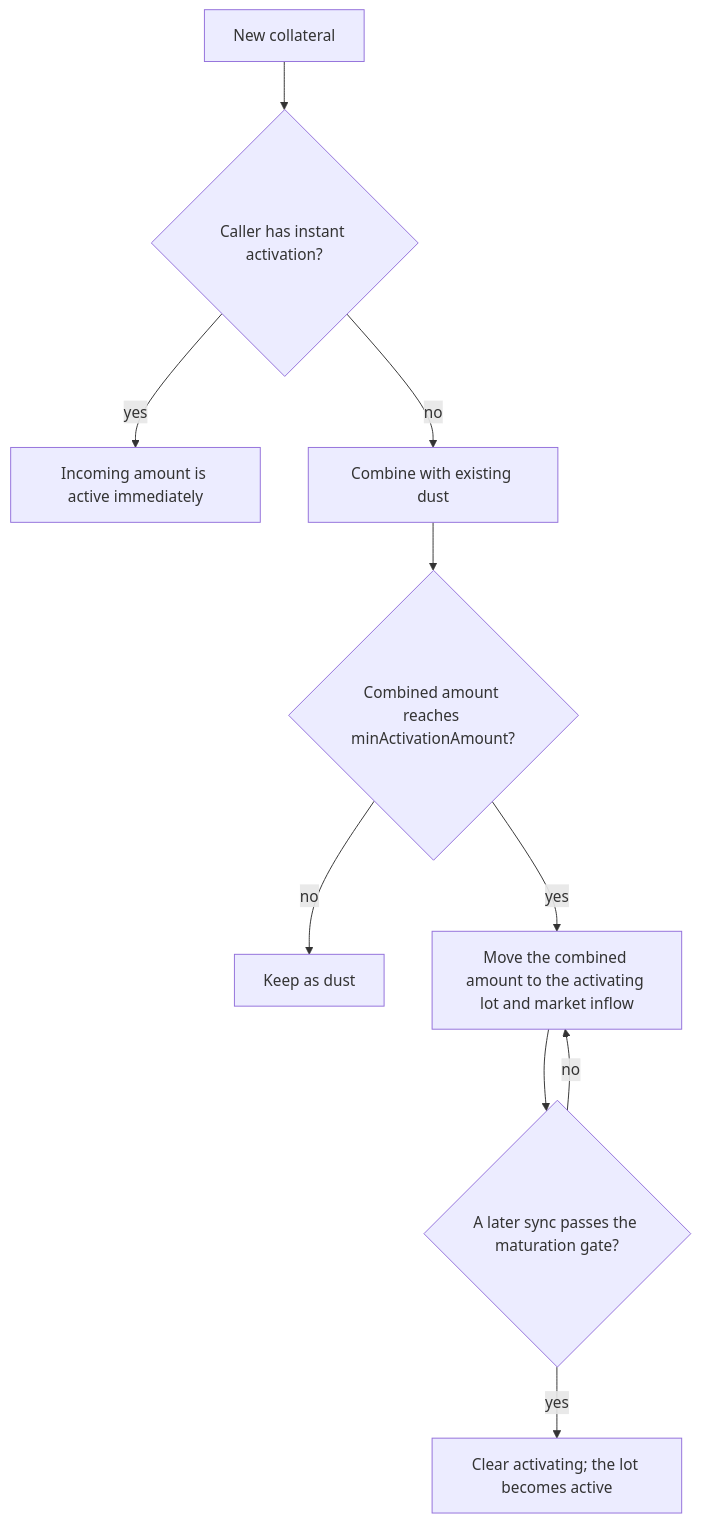
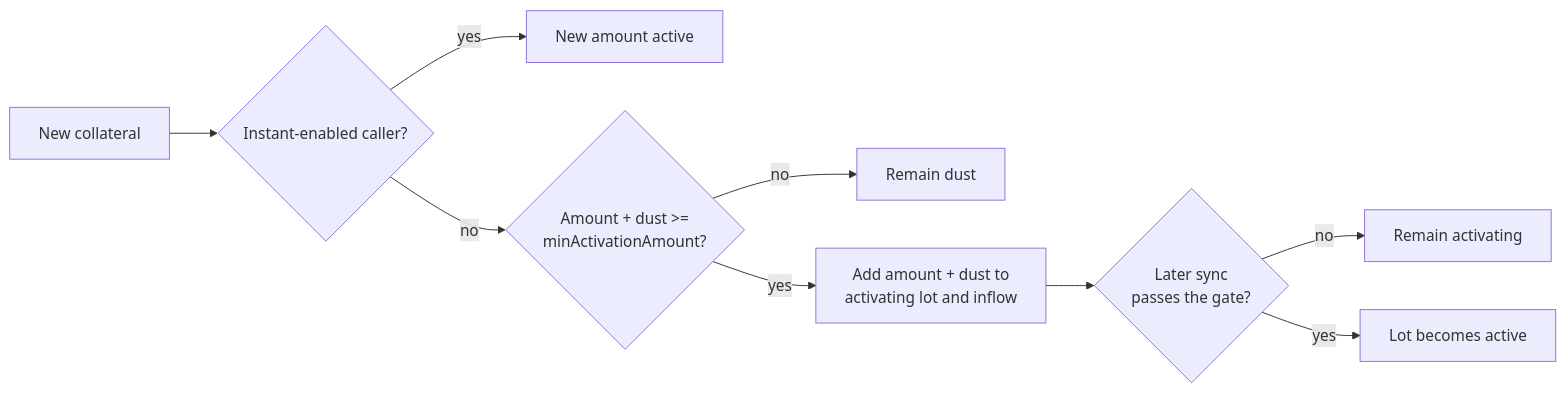
Before and after one commit to lidofinance/lend-markets: the diagram in docs/specs/market-controller.md, drawn with Mermaid. The commit also changed other lines of this file and 8 other files, not shown here.

````diff
--- a/docs/specs/market-controller.md
+++ b/docs/specs/market-controller.md
@@ -82,12 +90,11 @@
 ```mermaid
-flowchart TD
-    Incoming["New collateral"] --> Instant{"Caller has instant activation?"}
-    Instant -->|"yes"| Active["Incoming amount is active immediately"]
-    Instant -->|"no"| Combine["Combine with existing dust"]
-    Combine --> Threshold{"Combined amount reaches minActivationAmount?"}
-    Threshold -->|"no"| Dust["Keep as dust"]
-    Threshold -->|"yes"| Activating["Move the combined amount to the activating lot and market inflow"]
-    Activating --> Gate{"A later sync passes the maturation gate?"}
-    Gate -->|"no"| Activating
-    Gate -->|"yes"| Mature["Clear activating; the lot becomes active"]
+flowchart LR
+    New["New collateral"] --> Instant{"Instant-enabled caller?"}
+    Instant -->|"yes"| ActiveNow["New amount active"]
+    Instant -->|"no"| Minimum{"Amount + dust >=<br/>minActivationAmount?"}
+    Minimum -->|"no"| Dust["Remain dust"]
+    Minimum -->|"yes"| Activating["Add amount + dust to<br/>activating lot and inflow"]
+    Activating --> Gate{"Later sync<br/>passes the gate?"}
+    Gate -->|"no"| Waiting["Remain activating"]
+    Gate -->|"yes"| ActiveLater["Lot becomes active"]
 ```
````
